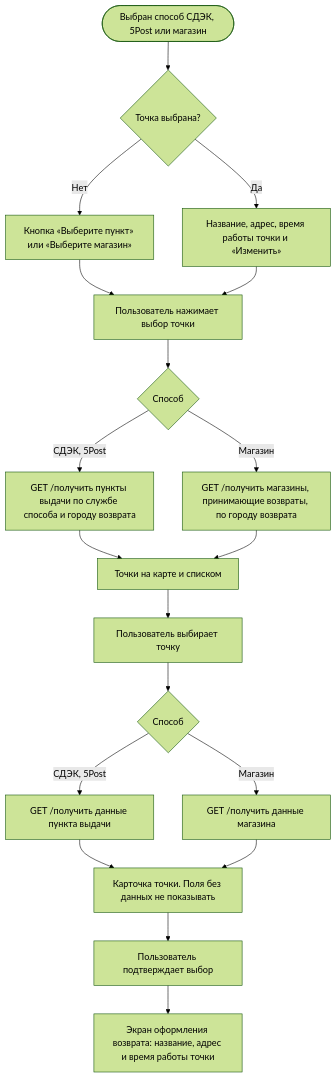
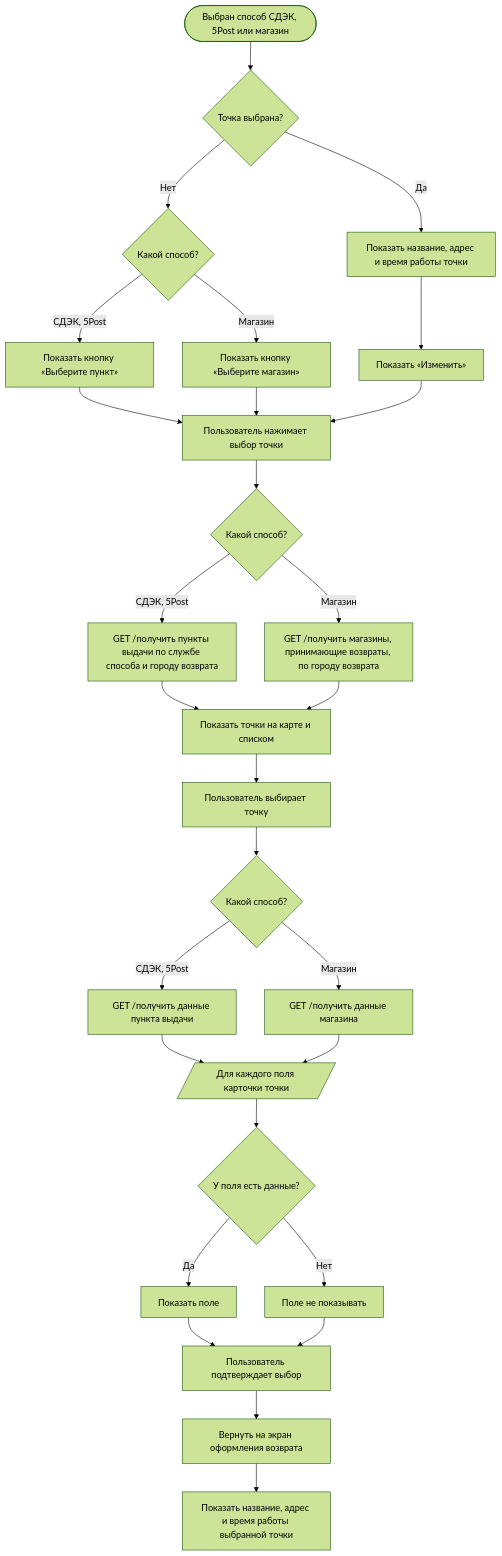
Diagram 12 of 19 in projects/returns-2.0/requirements/srs/srs-mobile.md (Terinss155/opencode-agents-analysis), drawn with Mermaid (forest theme) before and after one commit. The commit also changed other lines of this file and 29 other files, not shown here.

````diff
--- a/projects/returns-2.0/requirements/srs/srs-mobile.md
+++ b/projects/returns-2.0/requirements/srs/srs-mobile.md
@@ -495,21 +633,30 @@
 ```mermaid
 flowchart TD
     S([Выбран способ СДЭК, 5Post или магазин]) --> A{"Точка выбрана?"}
-    A -->|Нет| A1["Кнопка «Выберите пункт» или «Выберите магазин»"]
-    A -->|Да| A2["Название, адрес, время работы точки и «Изменить»"]
-    A1 --> B["Пользователь нажимает выбор точки"]
-    A2 --> B
-    B --> C{"Способ"}
+    A -->|Нет| A1{"Какой способ?"}
+    A1 -->|СДЭК, 5Post| A2["Показать кнопку «Выберите пункт»"]
+    A1 -->|Магазин| A3["Показать кнопку «Выберите магазин»"]
+    A -->|Да| A4["Показать название, адрес и время работы точки"]
+    A4 --> A5["Показать «Изменить»"]
+    A2 --> B["Пользователь нажимает выбор точки"]
+    A3 --> B
+    A5 --> B
+    B --> C{"Какой способ?"}
     C -->|СДЭК, 5Post| C1["GET /получить пункты выдачи по службе способа и городу возврата"]
     C -->|Магазин| C2["GET /получить магазины, принимающие возвраты, по городу возврата"]
-    C1 --> D["Точки на карте и списком"]
+    C1 --> D["Показать точки на карте и списком"]
     C2 --> D
     D --> E["Пользователь выбирает точку"]
-    E --> F{"Способ"}
+    E --> F{"Какой способ?"}
     F -->|СДЭК, 5Post| F1["GET /получить данные пункта выдачи"]
     F -->|Магазин| F2["GET /получить данные магазина"]
-    F1 --> G["Карточка точки. Поля без данных не показывать"]
+    F1 --> G[/"Для каждого поля карточки точки"/]
     F2 --> G
-    G --> H["Пользователь подтверждает выбор"]
-    H --> I["Экран оформления возврата: название, адрес и время работы точки"]
+    G --> G1{"У поля есть данные?"}
+    G1 -->|Да| G2["Показать поле"]
+    G1 -->|Нет| G3["Поле не показывать"]
+    G2 --> H["Пользователь подтверждает выбор"]
+    G3 --> H
+    H --> I["Вернуть на экран оформления возврата"]
+    I --> I1["Показать название, адрес и время работы выбранной точки"]
 ```
````
